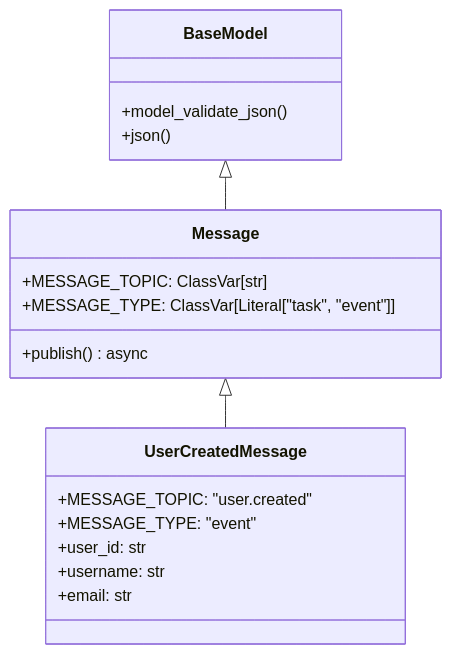
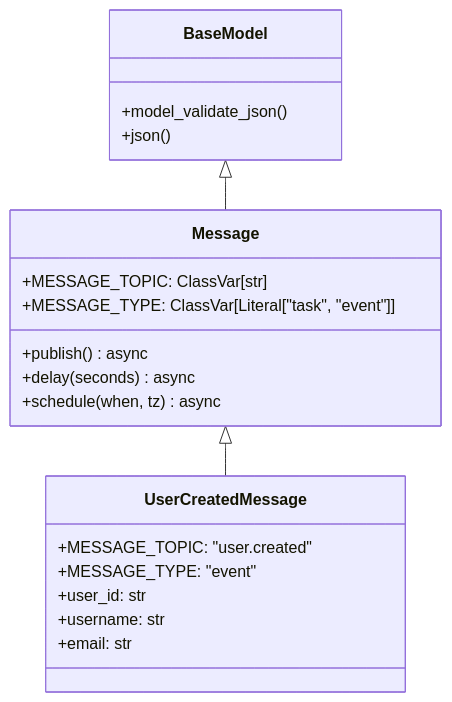
Before and after one commit to LuscasLeo/jararaca: the third of 13 diagrams in docs/messagebus.md, drawn with Mermaid. The commit also changed other lines of this file and 2 other files, not shown here.

````diff
--- a/docs/messagebus.md
+++ b/docs/messagebus.md
@@ -77,21 +77,23 @@
 ```mermaid
 classDiagram
     class Message {
         +MESSAGE_TOPIC: ClassVar[str]
         +MESSAGE_TYPE: ClassVar[Literal["task", "event"]]
         +publish() async
+        +delay(seconds) async
+        +schedule(when, tz) async
     }
     class BaseModel {
         +model_validate_json()
         +json()
     }
     class UserCreatedMessage {
         +MESSAGE_TOPIC: "user.created"
         +MESSAGE_TYPE: "event"
         +user_id: str
         +username: str
         +email: str
     }
     BaseModel <|-- Message
     Message <|-- UserCreatedMessage
 ```
````
